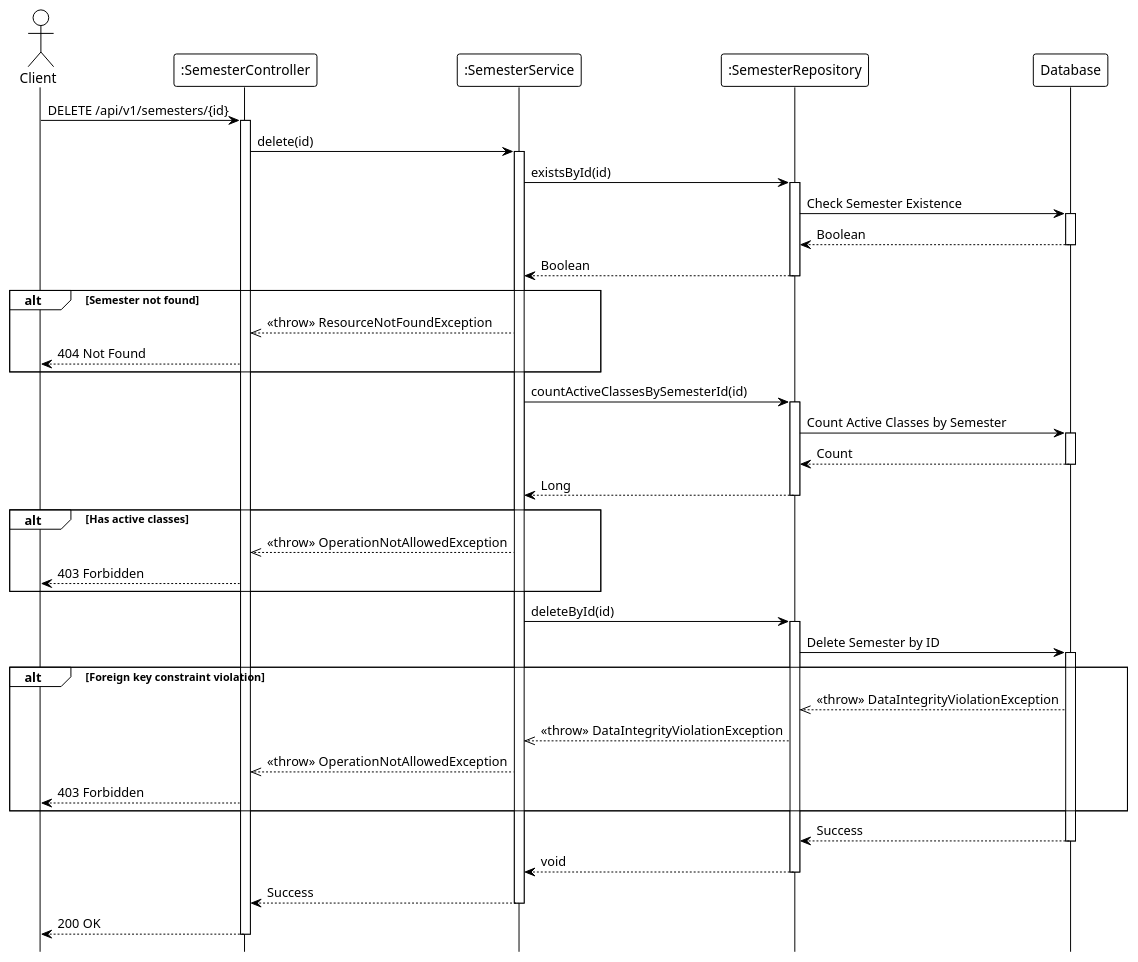
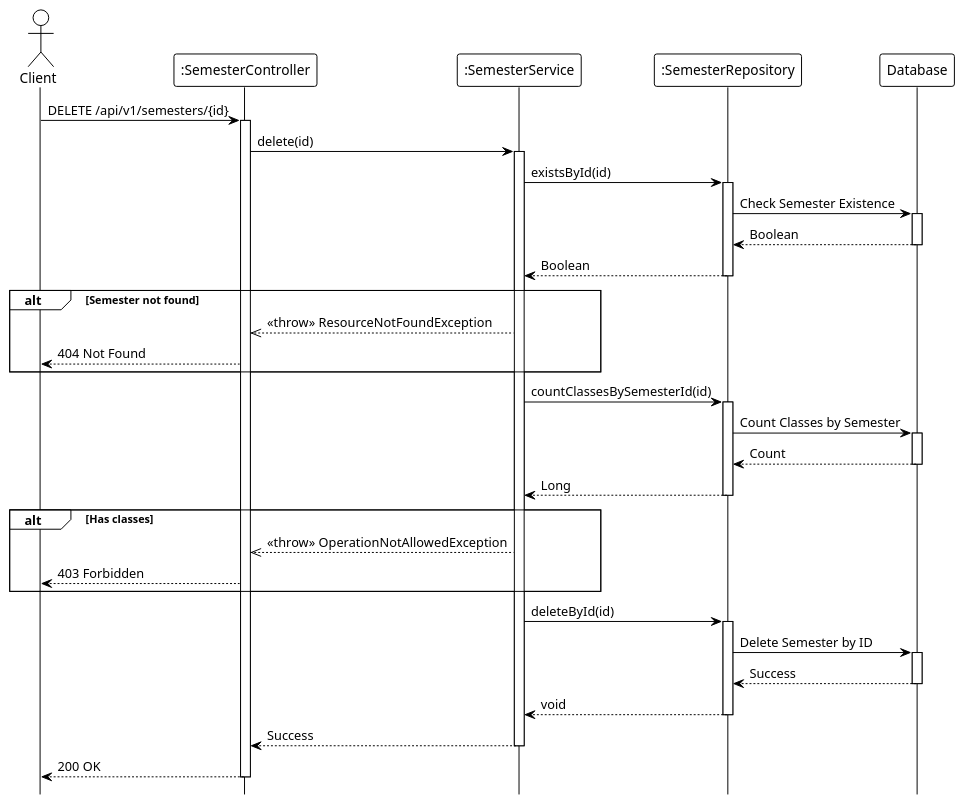
Before and after one commit to Ndh474/context: the diagram in system_detailed_design/09_delete_semester/sequence_diagram_delete_semester.puml, drawn with PlantUML. The commit also changed 1 other file, not shown here.

Commit message:
refactor(diagrams): rename and standardize method names in delete semester diagrams for clarity

```diff
--- a/system_detailed_design/09_delete_semester/sequence_diagram_delete_semester.puml
+++ b/system_detailed_design/09_delete_semester/sequence_diagram_delete_semester.puml
@@ -1,78 +1,70 @@
 @startuml delete_semester
 !theme plain
 hide footbox
 
 actor Client
 participant ":SemesterController" as Controller
 participant ":SemesterService" as Service
 participant ":SemesterRepository" as Repository
 participant "Database" as DB
 
 ' --- MAIN FLOW ---
 Client -> Controller: DELETE /api/v1/semesters/{id}
 activate Controller
 
 Controller -> Service: delete(id)
 activate Service
 
 ' --- CHECK EXISTENCE ---
 Service -> Repository: existsById(id)
 activate Repository
 
 Repository -> DB: Check Semester Existence
 activate DB
 DB --> Repository: Boolean
 deactivate DB
 
 Repository --> Service: Boolean
 deactivate Repository
 
 alt Semester not found
     Service -->> Controller: <<throw>> ResourceNotFoundException
     Controller --> Client: 404 Not Found
 end
 
-' --- CHECK ACTIVE CLASSES ---
-Service -> Repository: countActiveClassesBySemesterId(id)
+' --- CHECK CLASSES ---
+Service -> Repository: countClassesBySemesterId(id)
 activate Repository
 
-Repository -> DB: Count Active Classes by Semester
+Repository -> DB: Count Classes by Semester
 activate DB
 DB --> Repository: Count
 deactivate DB
 
 Repository --> Service: Long
 deactivate Repository
 
-alt Has active classes
+alt Has classes
     Service -->> Controller: <<throw>> OperationNotAllowedException
     Controller --> Client: 403 Forbidden
 end
 
 ' --- DELETE OPERATION ---
 Service -> Repository: deleteById(id)
 activate Repository
 
 Repository -> DB: Delete Semester by ID
 activate DB
-
-alt Foreign key constraint violation
-    DB -->> Repository: <<throw>> DataIntegrityViolationException
-    Repository -->> Service: <<throw>> DataIntegrityViolationException
-    Service -->> Controller: <<throw>> OperationNotAllowedException
-    Controller --> Client: 403 Forbidden
-end
-
 DB --> Repository: Success
 deactivate DB
 
 Repository --> Service: void
 deactivate Repository
 
 Service --> Controller: Success
 deactivate Service
 
 Controller --> Client: 200 OK
 deactivate Controller
 
 @enduml
```
